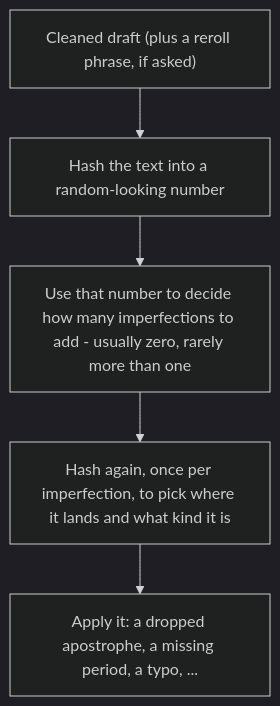
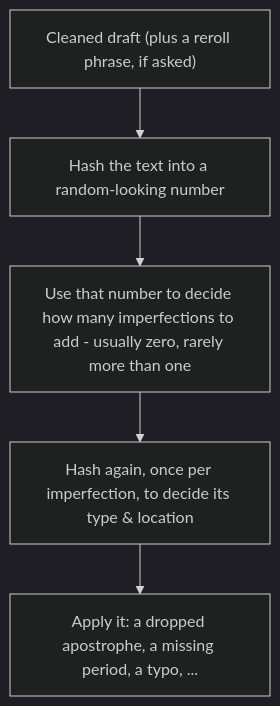
The diagram in README.md (wilu222/unpolish-ai-writing), drawn with Mermaid (dark theme) before and after one commit. The commit also changed other lines of this file, not shown here.

````diff
--- a/README.md
+++ b/README.md
@@ -86,7 +82,7 @@
 ```mermaid
 flowchart TD
   draft["Cleaned draft (plus a reroll phrase, if asked)"] --> hash1["Hash the text into a random-looking number"]
   hash1 --> count["Use that number to decide how many imperfections to add - usually zero, rarely more than one"]
-  count --> hash2["Hash again, once per imperfection, to pick where it lands and what kind it is"]
+  count --> hash2["Hash again, once per imperfection, to decide its type & location"]
   hash2 --> apply["Apply it: a dropped apostrophe, a missing period, a typo, ..."]
 ```
````
